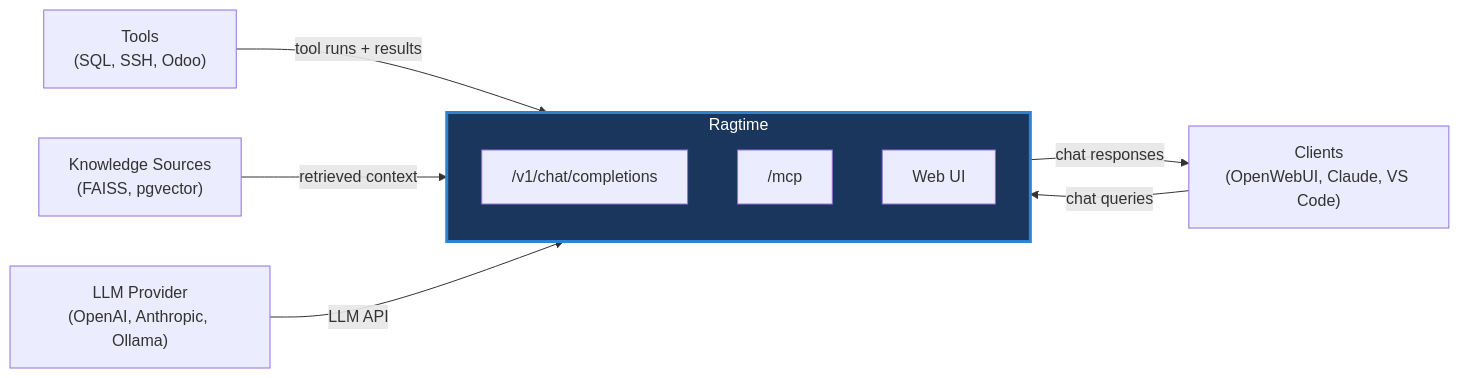
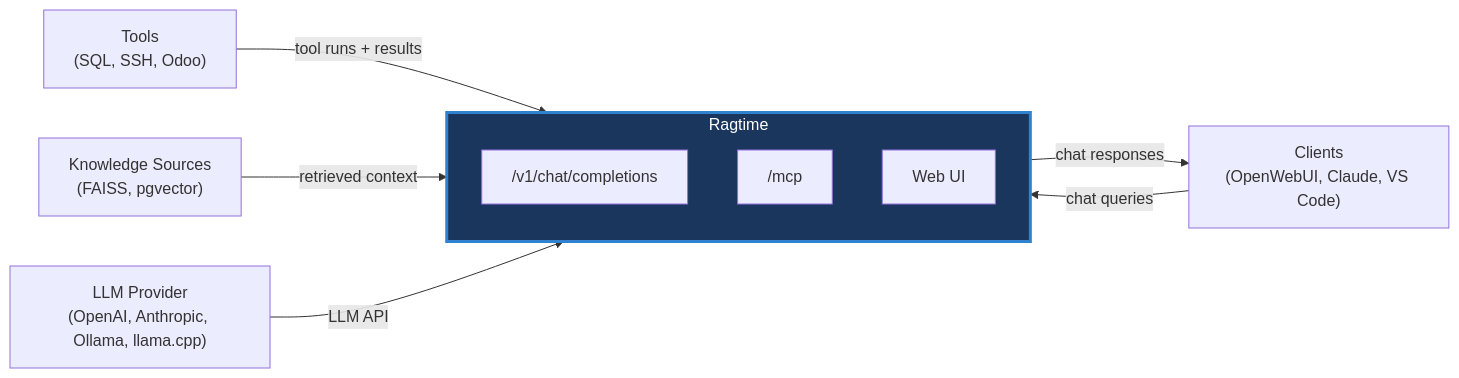
The diagram in README.md (mattv8/ragtime), drawn with Mermaid before and after one commit. The commit also changed other lines of this file and 22 other files, not shown here.

Commit message:
Add support for llama.cpp provider in API and indexing components

````diff
--- a/README.md
+++ b/README.md
@@ -55,18 +55,18 @@
 ```mermaid
 flowchart LR
   Tools["Tools<br/>(SQL, SSH, Odoo)"] -->|tool runs + results| Ragtime
   Context["Knowledge Sources<br/>(FAISS, pgvector)"] -->|retrieved context| Ragtime
-  LLM["LLM Provider<br/>(OpenAI, Anthropic, Ollama)"] -->|LLM API| Ragtime
+  LLM["LLM Provider<br/>(OpenAI, Anthropic, Ollama, llama.cpp)"] -->|LLM API| Ragtime
 
   subgraph Ragtime["Ragtime"]
     direction TB
     API["/v1/chat/completions"]
     MCP["/mcp"]
     UI["Web UI"]
   end
 
   Ragtime -->|chat responses| Clients["Clients<br/>(OpenWebUI, Claude, VS Code)"]
   Clients -->|chat queries| Ragtime
 
   style Ragtime fill:#1a365d,stroke:#3182ce,stroke-width:3px,color:#fff
 ```
````
